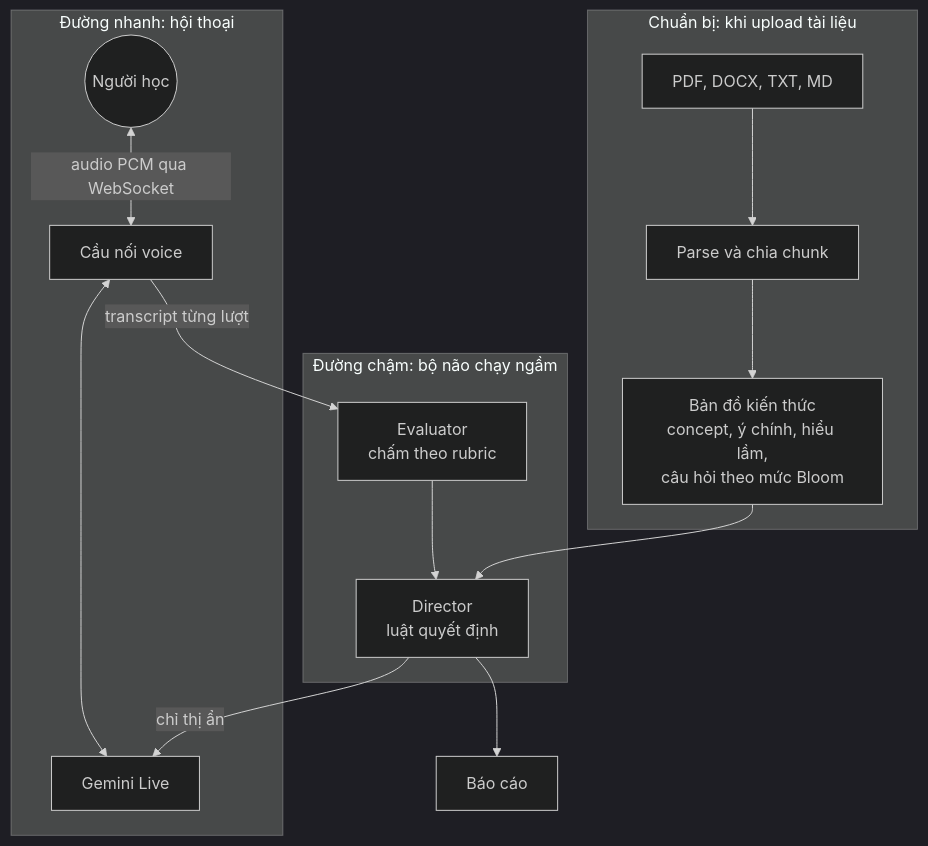
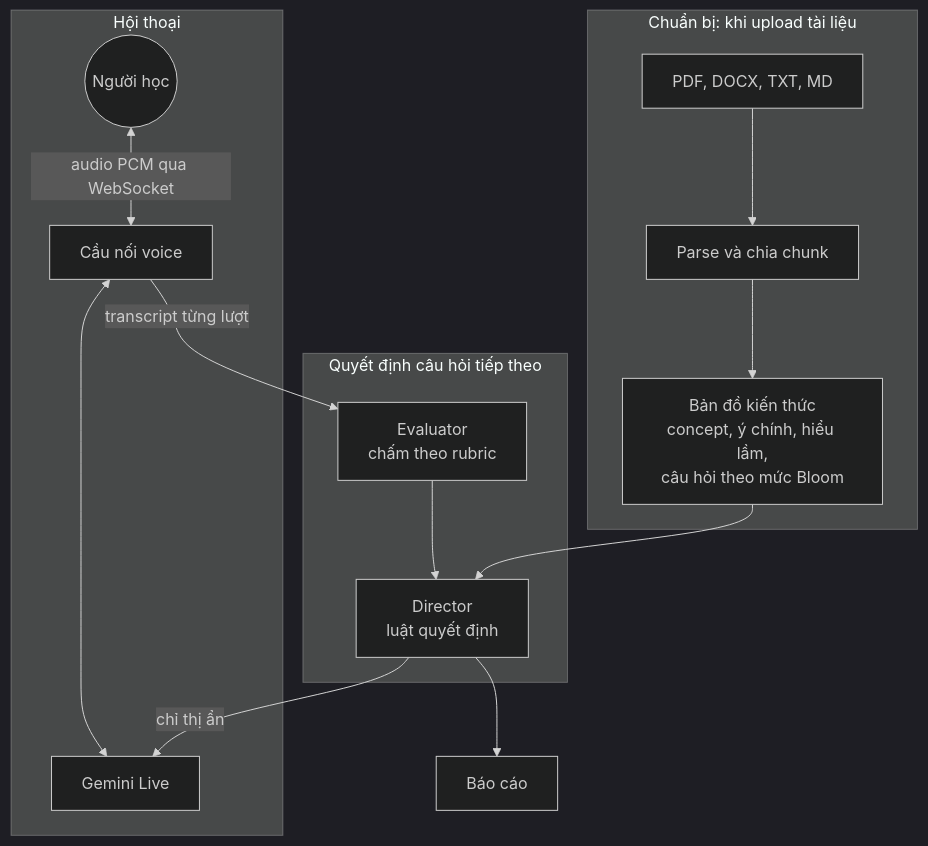
The diagram in README.md (oploopse/hackathon-huce), drawn with Mermaid (dark theme) before and after one commit. The commit also changed other lines of this file and 18 other files, not shown here.

````diff
--- a/README.md
+++ b/README.md
@@ -38,17 +38,17 @@
 ```mermaid
 flowchart TB
     subgraph PREP["Chuẩn bị: khi upload tài liệu"]
         DOC["PDF, DOCX, TXT, MD"] --> PARSE["Parse và chia chunk"]
         PARSE --> KMAP["Bản đồ kiến thức<br/>concept, ý chính, hiểu lầm,<br/>câu hỏi theo mức Bloom"]
     end
-    subgraph FAST["Đường nhanh: hội thoại"]
+    subgraph FAST["Hội thoại"]
         USER(("Người học")) <-->|"audio PCM qua WebSocket"| BRIDGE["Cầu nối voice"] <--> LIVE["Gemini Live"]
     end
-    subgraph SLOW["Đường chậm: bộ não chạy ngầm"]
+    subgraph SLOW["Quyết định câu hỏi tiếp theo"]
         EVAL["Evaluator<br/>chấm theo rubric"] --> DIR["Director<br/>luật quyết định"]
     end
     BRIDGE -->|"transcript từng lượt"| EVAL
     KMAP --> DIR
     DIR -->|"chỉ thị ẩn"| LIVE
     DIR --> REPORT["Báo cáo"]
 ```
````
